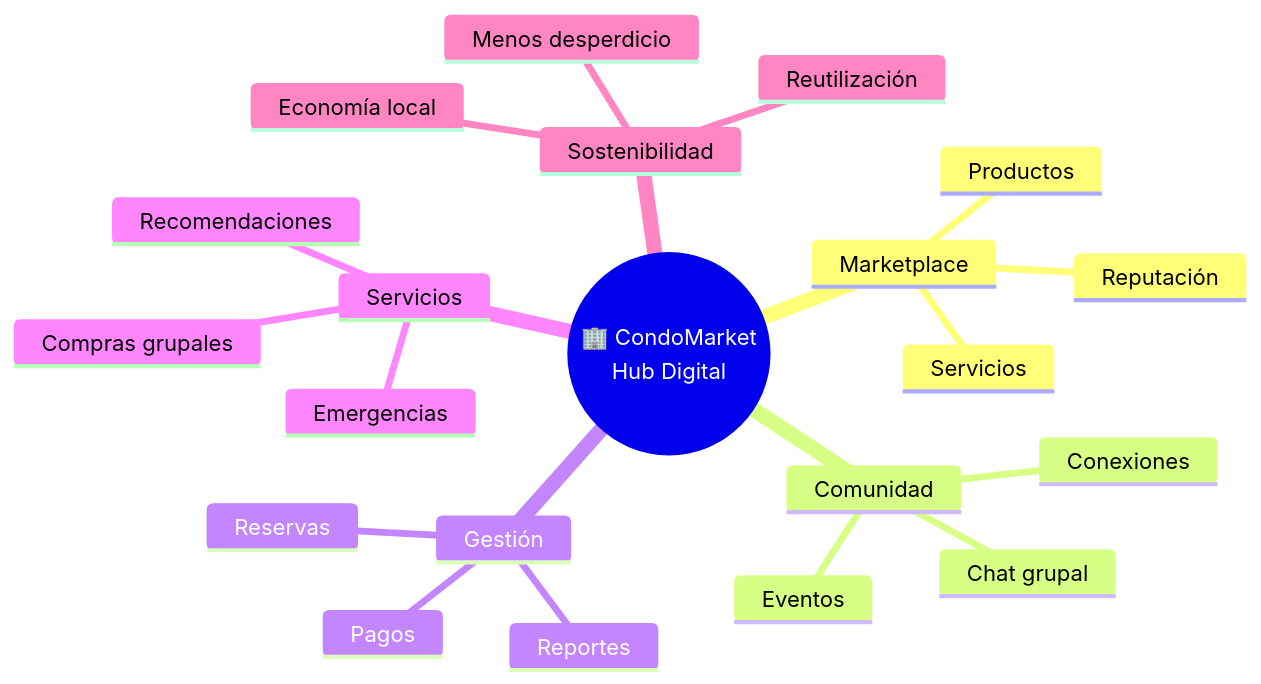
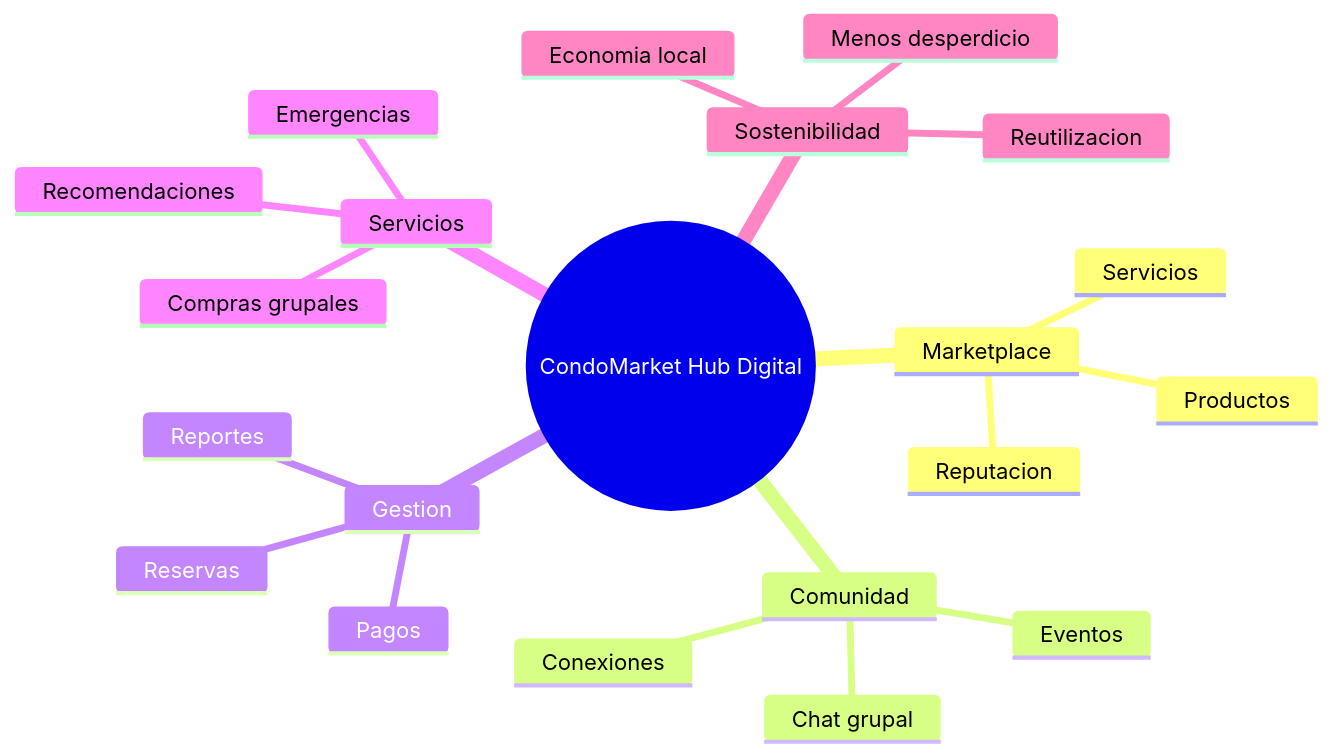
Diagram 21 of 25 in app.spanish.md (softv2ware/condomarket.api), drawn with Mermaid before and after one commit. The commit also changed other lines of this file, not shown here.

````diff
--- a/app.spanish.md
+++ b/app.spanish.md
@@ -975,24 +985,24 @@
 ```mermaid
 mindmap
-  root((🏢 CondoMarket<br/>Hub Digital))
+  root((CondoMarket Hub Digital))
     Marketplace
       Productos
       Servicios
-      Reputación
+      Reputacion
     Comunidad
       Eventos
       Chat grupal
       Conexiones
-    Gestión
+    Gestion
       Reservas
       Pagos
       Reportes
     Servicios
       Emergencias
       Recomendaciones
       Compras grupales
     Sostenibilidad
-      Reutilización
-      Economía local
+      Reutilizacion
+      Economia local
       Menos desperdicio
 ```
````
